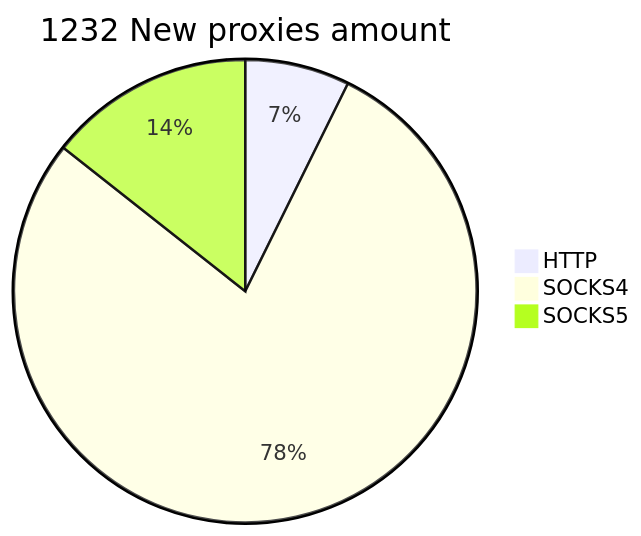
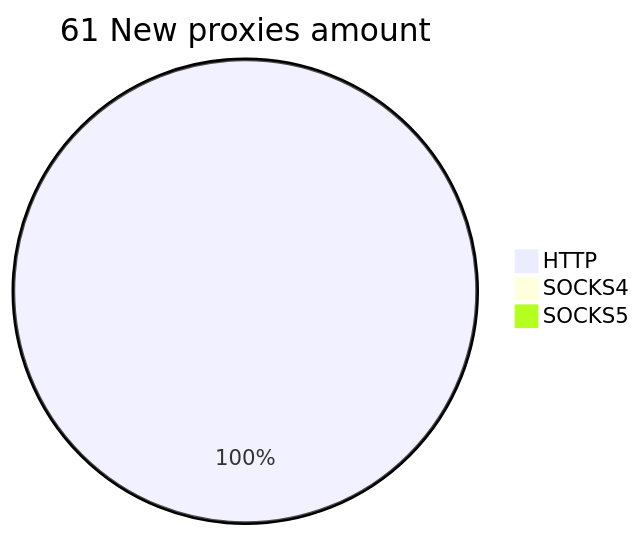
One commit to cutipu/proxylist changed the second of 2 diagrams in README.md. Above: the diagram before and after it, drawn with Mermaid. The commit also changed other lines of this file, not shown here.

````diff
--- a/README.md
+++ b/README.md
@@ -10,6 +10,6 @@
 ```mermaid
-pie title 1232 New proxies amount
-    "HTTP" : 90
-    "SOCKS4" : 965
-    "SOCKS5" : 177
+pie title 61 New proxies amount
+    "HTTP" : 64
+    "SOCKS4" : 0
+    "SOCKS5" : 0
 ```
````
